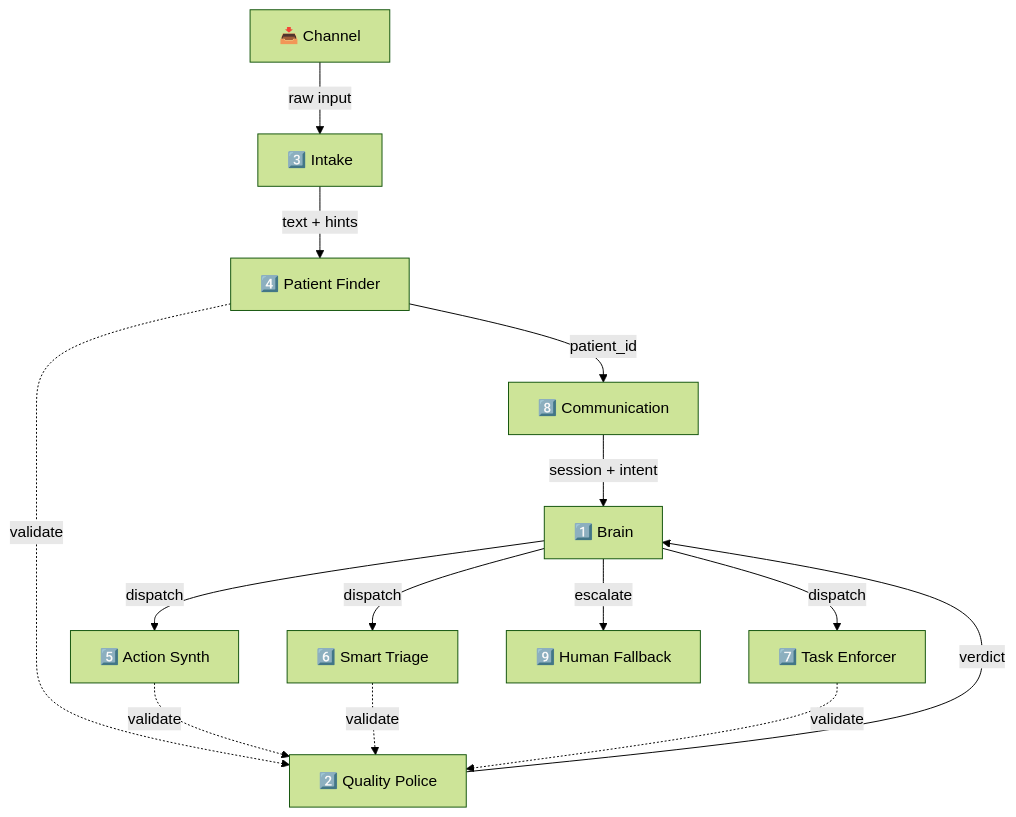
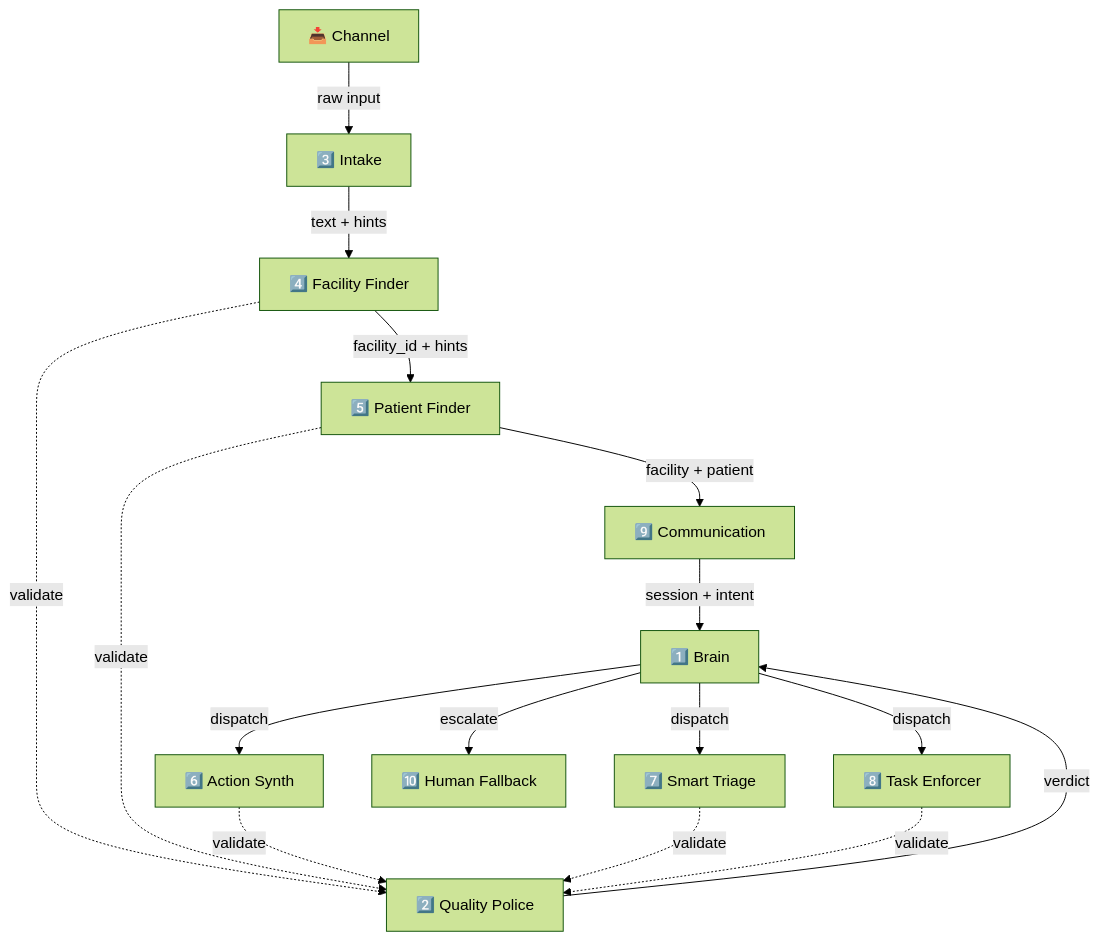
One commit to mohabnazmy/test changed the ninth of 16 diagrams in all.md. Above: the diagram before and after it, drawn with Mermaid (forest theme). The commit also changed other lines of this file, not shown here.

````diff
--- a/all.md
+++ b/all.md
@@ -456,19 +508,21 @@
 ```mermaid
 flowchart TB
     Channel["📥 Channel"] -->|raw input| Intake["3️⃣ Intake"]
-    Intake -->|"text + hints"| PF["4️⃣ Patient Finder"]
-    PF -->|"patient_id"| Comm["8️⃣ Communication"]
+    Intake -->|"text + hints"| FF["4️⃣ Facility Finder"]
+    FF -->|"facility_id + hints"| PF["5️⃣ Patient Finder"]
+    PF -->|"facility + patient"| Comm["9️⃣ Communication"]
     Comm -->|"session + intent"| Brain["1️⃣ Brain"]
     
-    Brain -->|dispatch| AS["5️⃣ Action Synth"]
-    Brain -->|dispatch| ST["6️⃣ Smart Triage"]
-    Brain -->|dispatch| TE["7️⃣ Task Enforcer"]
-    Brain -->|escalate| HF["9️⃣ Human Fallback"]
+    Brain -->|dispatch| AS["6️⃣ Action Synth"]
+    Brain -->|dispatch| ST["7️⃣ Smart Triage"]
+    Brain -->|dispatch| TE["8️⃣ Task Enforcer"]
+    Brain -->|escalate| HF["🔟 Human Fallback"]
     
-    PF -.->|validate| QP["2️⃣ Quality Police"]
+    FF -.->|validate| QP["2️⃣ Quality Police"]
+    PF -.->|validate| QP
     AS -.->|validate| QP
     ST -.->|validate| QP
     TE -.->|validate| QP
     
     QP -->|verdict| Brain
 ```
````
